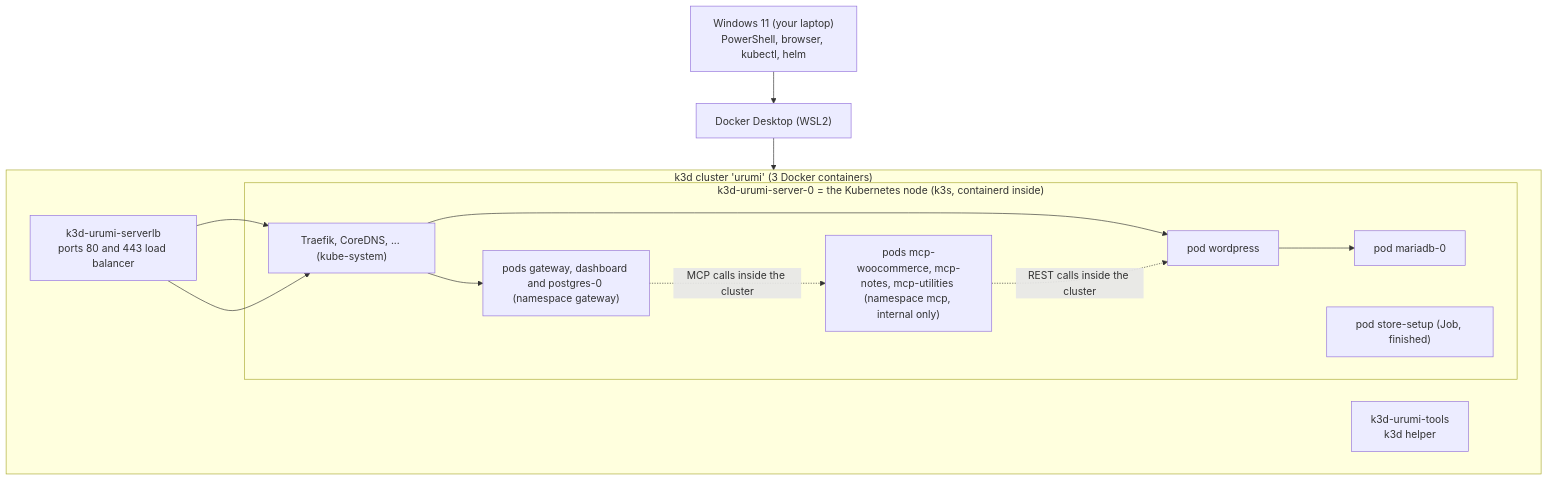
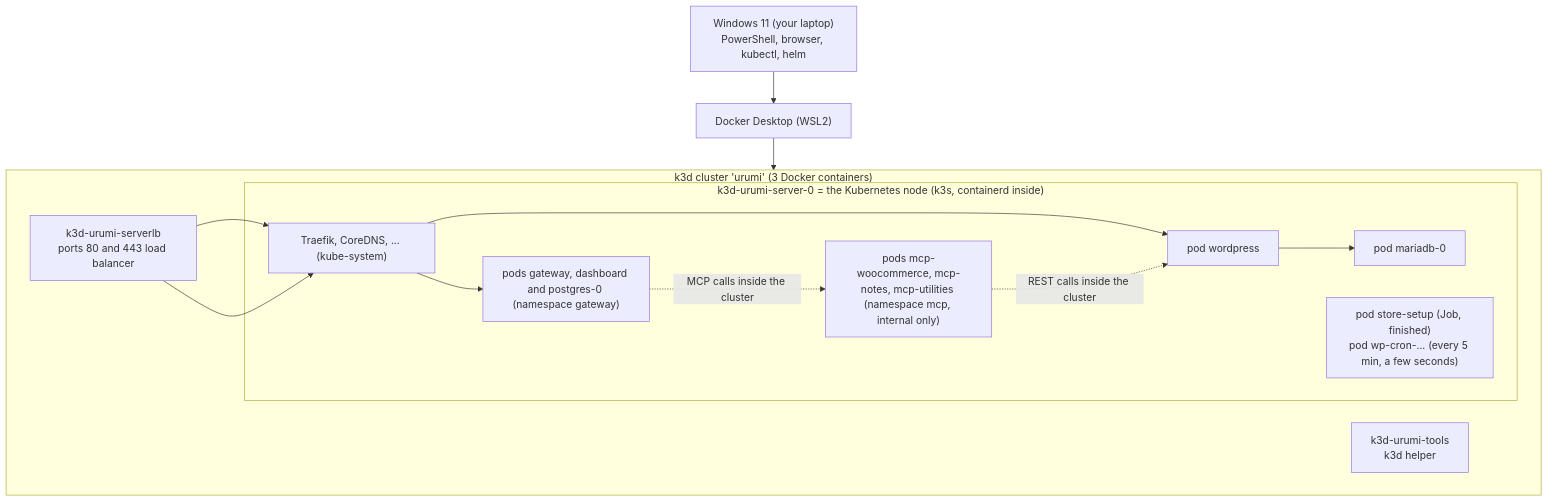
The diagram in docs/run-guide.md (tushar66sharma/MCP-Gateway-on-Kubernetes), drawn with Mermaid before and after one commit. The commit also changed other lines of this file and 19 other files, not shown here.

````diff
--- a/docs/run-guide.md
+++ b/docs/run-guide.md
@@ -46,22 +46,22 @@
 ```mermaid
 flowchart TB
     W["Windows 11 (your laptop)<br/>PowerShell, browser, kubectl, helm"]
     D["Docker Desktop (WSL2)"]
     subgraph K3D["k3d cluster 'urumi' (3 Docker containers)"]
         LB["k3d-urumi-serverlb<br/>ports 80 and 443 load balancer"]
         TOOLS["k3d-urumi-tools<br/>k3d helper"]
         subgraph NODE["k3d-urumi-server-0 = the Kubernetes node (k3s, containerd inside)"]
             P1["pod wordpress"]
             P2["pod mariadb-0"]
-            P3["pod store-setup (Job, finished)"]
+            P3["pod store-setup (Job, finished)<br/>pod wp-cron-... (every 5 min, a few seconds)"]
             P5["pods mcp-woocommerce, mcp-notes, mcp-utilities (namespace mcp, internal only)"]
             P6["pods gateway, dashboard and postgres-0 (namespace gateway)"]
             P4["Traefik, CoreDNS, ... (kube-system)"]
         end
     end
     W --> D --> K3D
     LB --> P4 --> P1 --> P2
     P5 -. "REST calls inside the cluster" .-> P1
     LB --> P4 --> P6
     P6 -. "MCP calls inside the cluster" .-> P5
 ```
````
